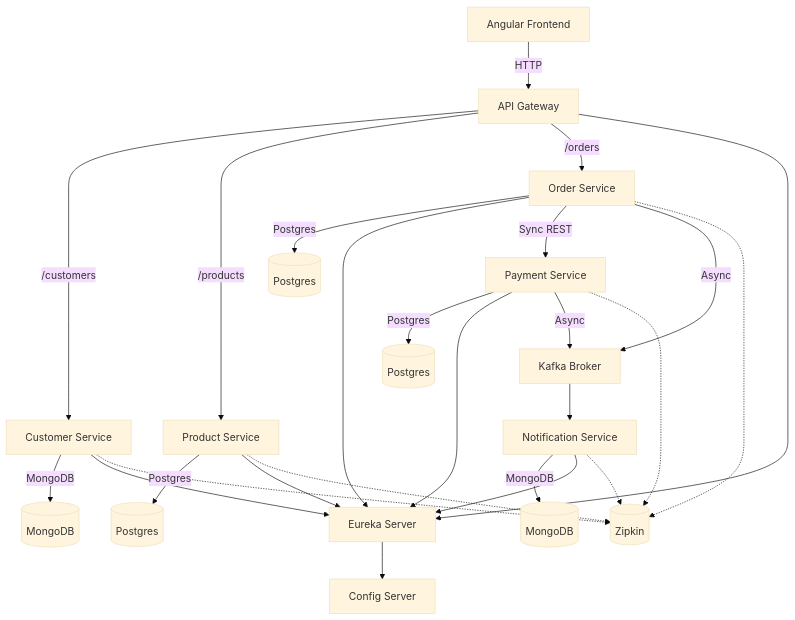
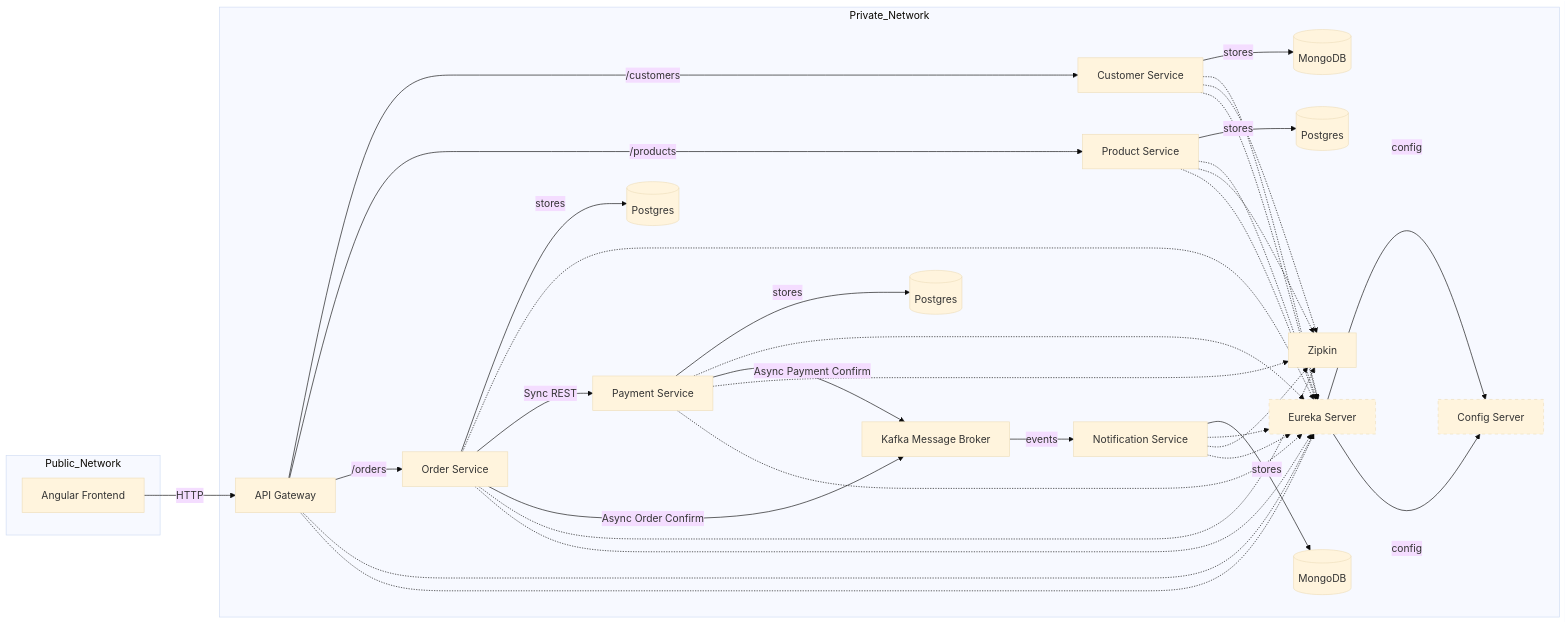
The diagram in README.md (AshifurNahid/Ecommerce-Microservice), drawn with Mermaid (base theme) before and after one commit.

````diff
--- a/README.md
+++ b/README.md
@@ -24,48 +24,82 @@
 ```mermaid
-graph TD
+flowchart LR
+    subgraph Public_Network
+        ANGULAR[Angular Frontend]
+    end
 
-%% Frontend
-A[Angular Frontend] -->|HTTP| GW[API Gateway]
+    subgraph Private_Network
+        GW[API Gateway]
 
-%% API Gateway routes
-GW -->|/customers| CUSTOMER[Customer Service]
-GW -->|/products| PRODUCT[Product Service]
-GW -->|/orders| ORDER[Order Service]
+        CUSTOMER[Customer Service]
+        PRODUCT[Product Service]
+        ORDER[Order Service]
+        PAYMENT[Payment Service]
+        NOTIFICATION[Notification Service]
+        KAFKA[Kafka Message Broker]
+        ZIPKIN[Zipkin]
+        EUREKA[Eureka Server]
+        CONFIG[Config Server]
+        
+        MONGO_CUST[(MongoDB)]
+        MONGO_NOTI[(MongoDB)]
+        POSTGRES_PROD[(Postgres)]
+        POSTGRES_ORD[(Postgres)]
+        POSTGRES_PAY[(Postgres)]
+    end
 
-%% Customer Service
-CUSTOMER -->|MongoDB| MDB_Customer[(MongoDB)]
-CUSTOMER --> EUREKA
+    %% public network to gateway
+    ANGULAR -- HTTP --> GW
 
-%% Product Service
-PRODUCT -->|Postgres| PSQL_Product[(Postgres)]
-PRODUCT --> EUREKA
+    %% API GW routes
+    GW -- /customers --> CUSTOMER
+    GW -- /products --> PRODUCT
+    GW -- /orders --> ORDER
 
-%% Order Service
-ORDER -->|Postgres| PSQL_Order[(Postgres)]
-ORDER --> EUREKA
-ORDER -->|Sync REST| PAYMENT[Payment Service]
-ORDER -->|Async| KAFKA[Kafka Broker]
+    %% Customer
+    CUSTOMER -- stores --> MONGO_CUST
+    CUSTOMER -.-> EUREKA
 
-%% Payment Service
-PAYMENT -->|Postgres| PSQL_Payment[(Postgres)]
-PAYMENT --> EUREKA
-PAYMENT -->|Async| KAFKA
+    %% Product
+    PRODUCT -- stores --> POSTGRES_PROD
+    PRODUCT -.-> EUREKA
 
-%% Kafka to Notification
-KAFKA --> NOTIFICATION[Notification Service]
-NOTIFICATION -->|MongoDB| MDB_Notification[(MongoDB)]
-NOTIFICATION --> EUREKA
+    %% Order
+    ORDER -- stores --> POSTGRES_ORD
+    ORDER -.-> EUREKA
+    ORDER -- Sync REST --> PAYMENT
+    ORDER -- Async Order Confirm --> KAFKA
 
-%% Discovery and Config
-GW --> EUREKA[Eureka Server]
-EUREKA --> CONFIG[Config Server]
+    %% Payment
+    PAYMENT -- stores --> POSTGRES_PAY
+    PAYMENT -.-> EUREKA
+    PAYMENT -- Async Payment Confirm --> KAFKA
 
-%% Distributed Tracing
-CUSTOMER -.-> ZIPKIN[(Zipkin)]
-PRODUCT -.-> ZIPKIN
-ORDER -.-> ZIPKIN
-PAYMENT -.-> ZIPKIN
-NOTIFICATION -.-> ZIPKIN
+    %% Kafka to Notification
+    KAFKA -- events --> NOTIFICATION
+    NOTIFICATION -- stores --> MONGO_NOTI
+    NOTIFICATION -.-> EUREKA
+
+    %% Config + Eureka
+    GW -.-> EUREKA
+    EUREKA -- config --> CONFIG
+
+    %% Distributed tracing
+    CUSTOMER -.-> ZIPKIN
+    PRODUCT -.-> ZIPKIN
+    ORDER -.-> ZIPKIN
+    PAYMENT -.-> ZIPKIN
+    NOTIFICATION -.-> ZIPKIN
+
+    %% Style to match dashed/dotted lines in PNG
+    classDef dashed stroke-dasharray: 5 5
+    GW -.-> EUREKA:::dashed
+    CUSTOMER -.-> EUREKA:::dashed
+    PRODUCT -.-> EUREKA:::dashed
+    ORDER -.-> EUREKA:::dashed
+    PAYMENT -.-> EUREKA:::dashed
+    NOTIFICATION -.-> EUREKA:::dashed
+    EUREKA -- config --> CONFIG:::dashed
+
 
 
 ```
````
